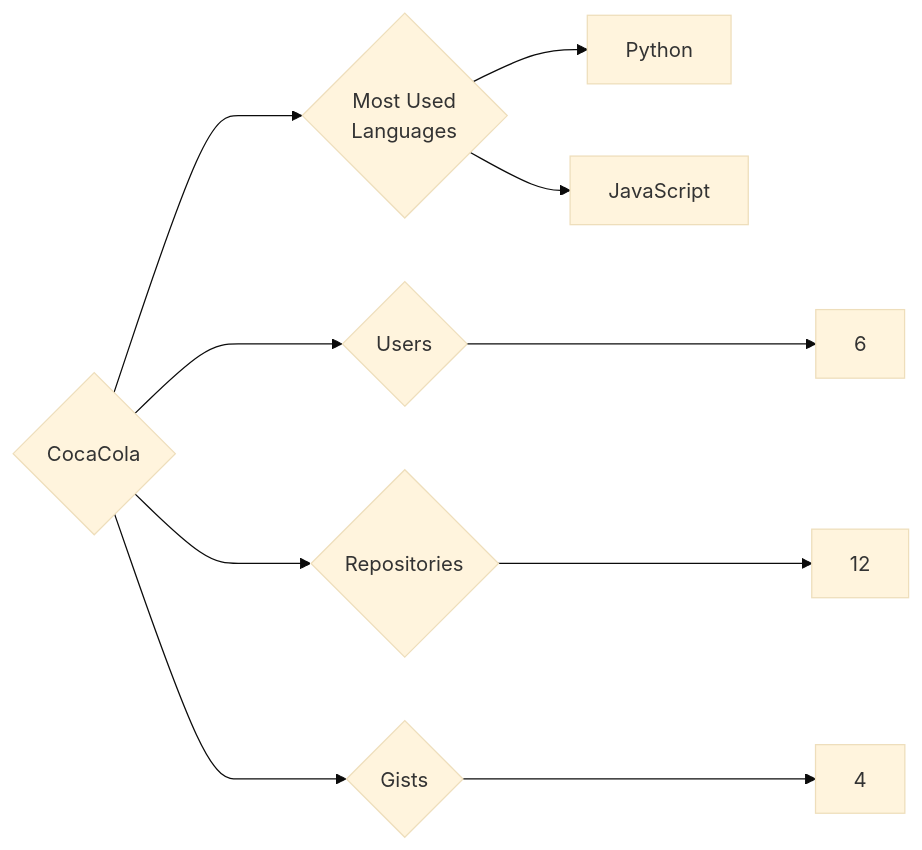
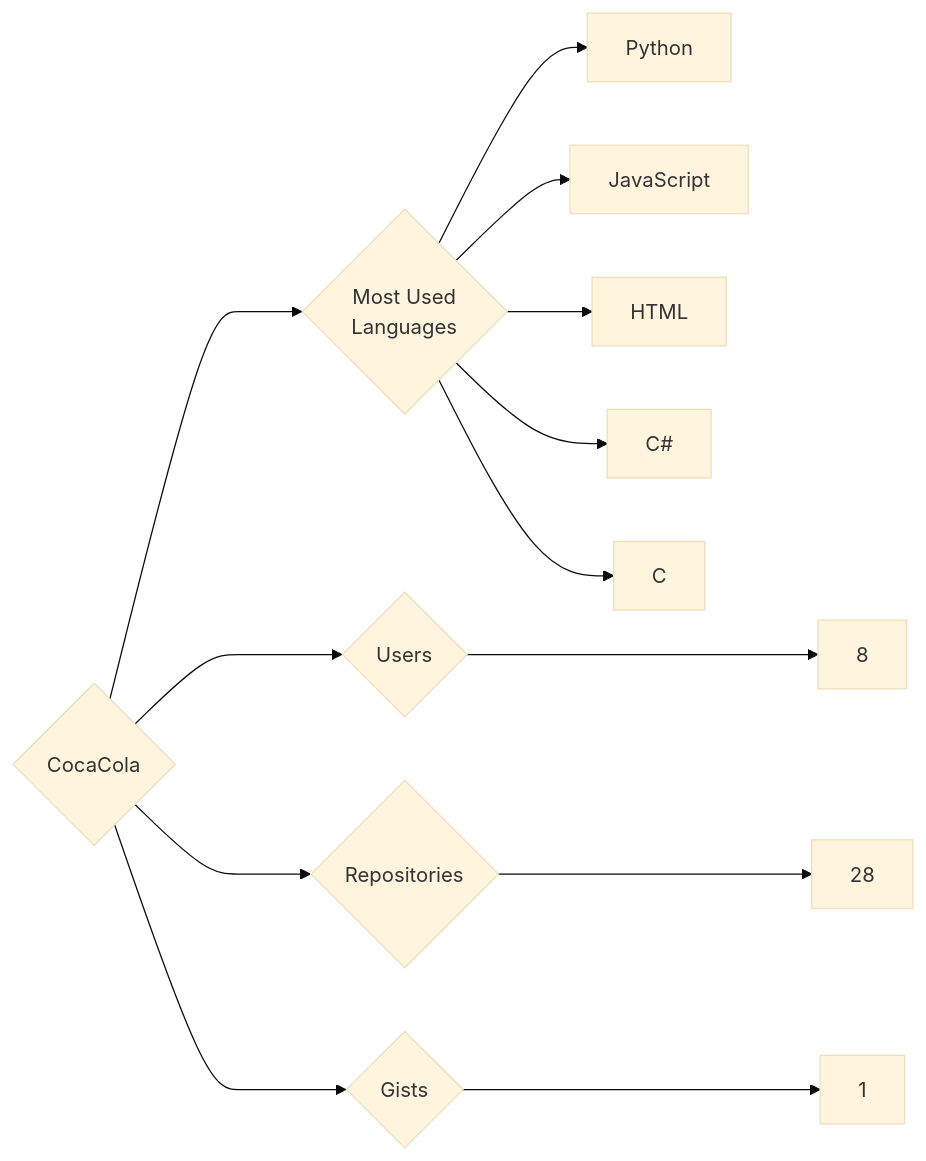
Before and after one commit to trickest/insiders: the diagram in targets/CocaCola/README.md, drawn with Mermaid (base theme). The commit also changed 1123 other files, not shown here.

````diff
--- a/targets/CocaCola/README.md
+++ b/targets/CocaCola/README.md
@@ -3,10 +3,13 @@
 ```mermaid
 graph LR
 COMPANY_NAME{CocaCola}
-COMPANY_NAME ---> U{Users} ---> UN[6]
-COMPANY_NAME ---> R{Repositories} ---> RN[12]
-COMPANY_NAME ---> G{Gists} ---> GN[4]
+COMPANY_NAME ---> U{Users} ---> UN[8]
+COMPANY_NAME ---> R{Repositories} ---> RN[28]
+COMPANY_NAME ---> G{Gists} ---> GN[1]
 COMPANY_NAME ---> ML{Most Used<br>Languages}
 ML --> Python[Python]
 ML --> JavaScript[JavaScript]
+ML --> HTML[HTML]
+ML --> C#[C#]
+ML --> C[C]
 ```
````
